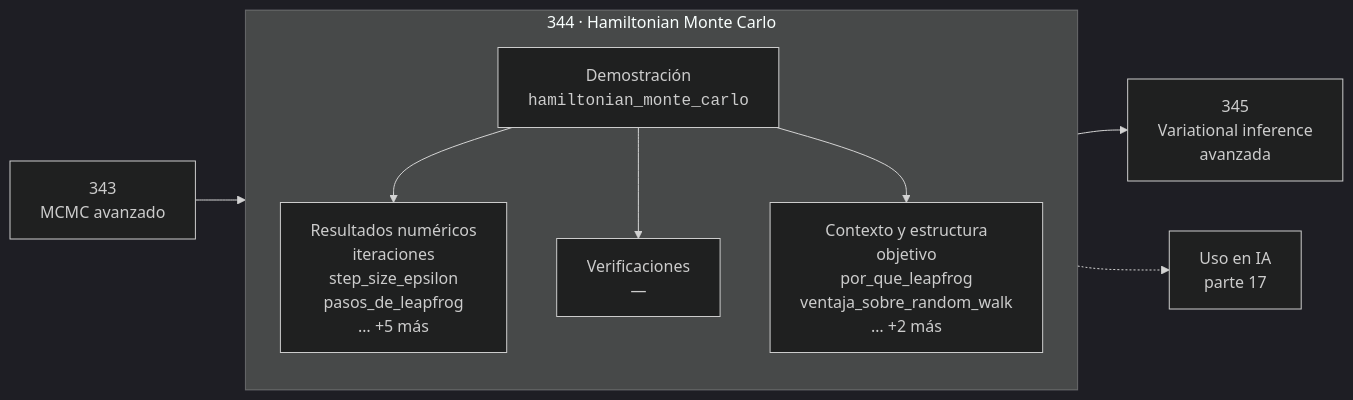
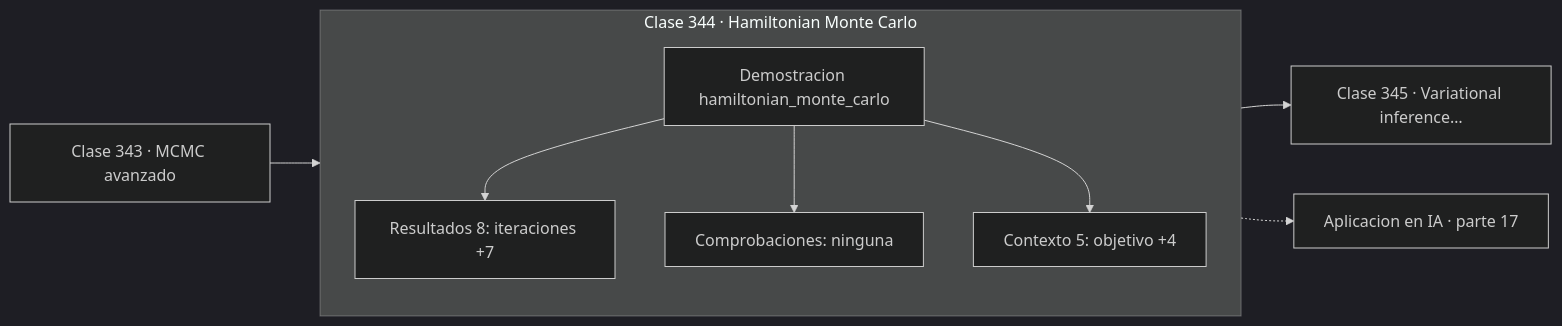
Before and after one commit to vladimiracunadev-create/computational-mathematics-program: the diagram in classes/part-17-frontera-matematica-para-ia-e-investigacion/344-hamiltonian-monte-carlo/README.md, drawn with Mermaid (dark theme). The commit also changed 389 other files, not shown here.

First line of the commit message:
fix(diagramas): elimina el HTML de las etiquetas Mermaid

````diff
--- a/classes/part-17-frontera-matematica-para-ia-e-investigacion/344-hamiltonian-monte-carlo/README.md
+++ b/classes/part-17-frontera-matematica-para-ia-e-investigacion/344-hamiltonian-monte-carlo/README.md
@@ -30,12 +30,13 @@
 ```mermaid
 flowchart LR
-    P["343<br/>MCMC avanzado"] --> C
-    subgraph C["344 · Hamiltonian Monte Carlo"]
+    P["Clase 343 · MCMC avanzado"] --> D
+    subgraph CLASE["Clase 344 · Hamiltonian Monte Carlo"]
         direction TB
-        D["Demostración<br/><code>hamiltonian_monte_carlo</code>"] --> R["Resultados numéricos<br/>iteraciones<br/>step_size_epsilon<br/>pasos_de_leapfrog<br/>… +5 más"]
-        D --> V["Verificaciones<br/>—"]
-        D --> O["Contexto y estructura<br/>objetivo<br/>por_que_leapfrog<br/>ventaja_sobre_random_walk<br/>… +2 más"]
+        D["Demostracion hamiltonian_monte_carlo"]
+        D --> R["Resultados 8: iteraciones +7"]
+        D --> V["Comprobaciones: ninguna"]
+        D --> O["Contexto 5: objetivo +4"]
     end
-    C --> N["345<br/>Variational inference<br/>avanzada"]
-    C -.-> IA["Uso en IA<br/>parte 17"]
+    R --> N["Clase 345 · Variational inference…"]
+    V -.-> IA["Aplicacion en IA · parte 17"]
 ```
````
